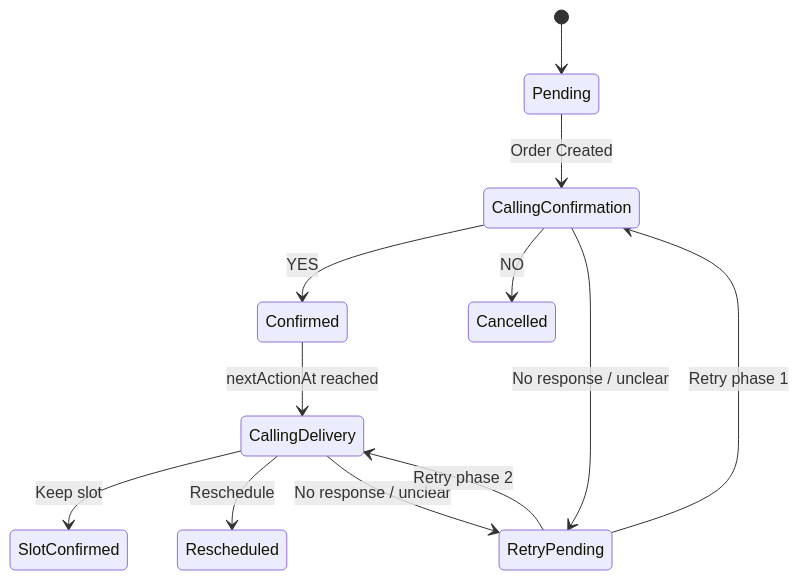
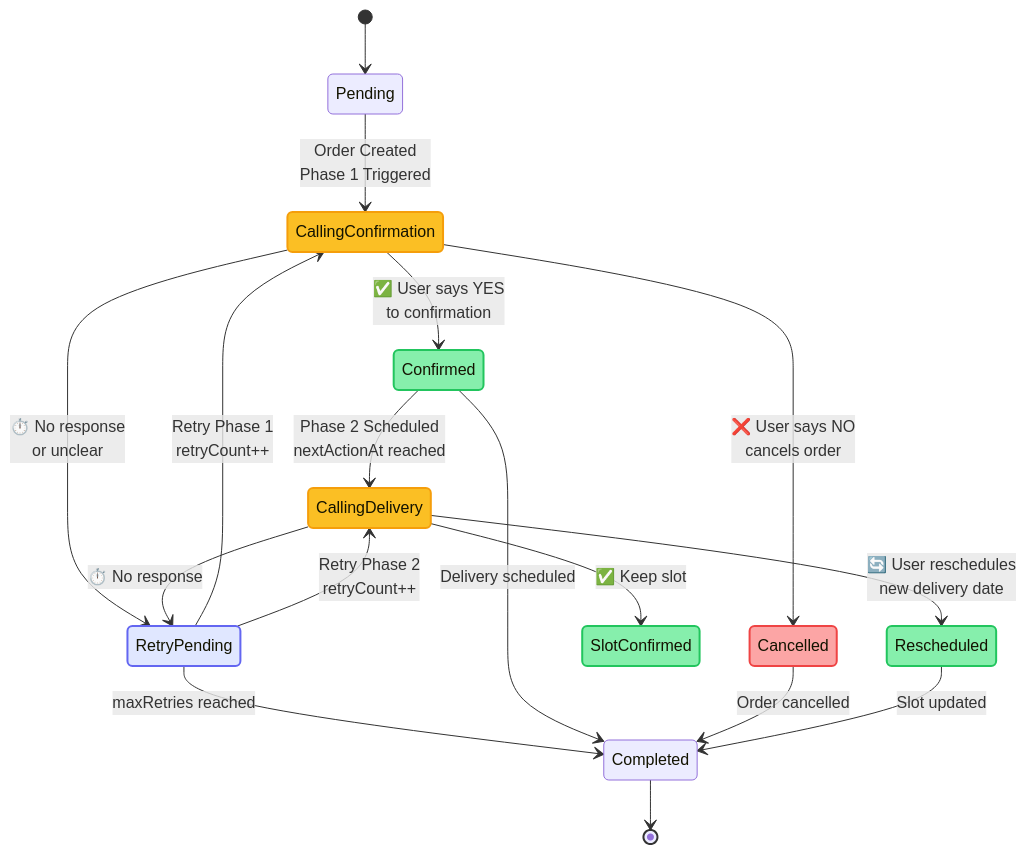
The second of 3 diagrams in README.md (Animesht1008/Voice-Driven-Commerce-Operations-Engine), drawn with Mermaid before and after one commit. The commit also changed other lines of this file and 14 other files, not shown here.

````diff
--- a/README.md
+++ b/README.md
@@ -35,14 +46,33 @@
 ```mermaid
 stateDiagram-v2
     [*] --> Pending
-    Pending --> CallingConfirmation: Order Created
-    CallingConfirmation --> Confirmed: YES
-    CallingConfirmation --> Cancelled: NO
-    CallingConfirmation --> RetryPending: No response / unclear
-    Confirmed --> CallingDelivery: nextActionAt reached
-    CallingDelivery --> SlotConfirmed: Keep slot
-    CallingDelivery --> Rescheduled: Reschedule
-    CallingDelivery --> RetryPending: No response / unclear
-    RetryPending --> CallingConfirmation: Retry phase 1
-    RetryPending --> CallingDelivery: Retry phase 2
+    Pending --> CallingConfirmation: Order Created<br/>Phase 1 Triggered
+    
+    CallingConfirmation --> Confirmed: ✅ User says YES<br/>to confirmation
+    CallingConfirmation --> Cancelled: ❌ User says NO<br/>cancels order
+    CallingConfirmation --> RetryPending: ⏱️ No response<br/>or unclear
+    
+    Confirmed --> CallingDelivery: Phase 2 Scheduled<br/>nextActionAt reached
+    
+    CallingDelivery --> SlotConfirmed: ✅ Keep slot
+    CallingDelivery --> Rescheduled: 🔄 User reschedules<br/>new delivery date
+    CallingDelivery --> RetryPending: ⏱️ No response
+    
+    RetryPending --> CallingConfirmation: Retry Phase 1<br/>retryCount++
+    RetryPending --> CallingDelivery: Retry Phase 2<br/>retryCount++
+    RetryPending --> Completed: maxRetries reached
+    
+    Confirmed --> Completed: Delivery scheduled
+    Cancelled --> Completed: Order cancelled
+    Rescheduled --> Completed: Slot updated
+    
+    Completed --> [*]
+    
+    style CallingConfirmation fill:#fbbf24,stroke:#f59e0b,stroke-width:2px
+    style CallingDelivery fill:#fbbf24,stroke:#f59e0b,stroke-width:2px
+    style Confirmed fill:#86efac,stroke:#22c55e,stroke-width:2px
+    style Rescheduled fill:#86efac,stroke:#22c55e,stroke-width:2px
+    style SlotConfirmed fill:#86efac,stroke:#22c55e,stroke-width:2px
+    style Cancelled fill:#fca5a5,stroke:#ef4444,stroke-width:2px
+    style RetryPending fill:#e0e7ff,stroke:#6366f1,stroke-width:2px
 ```
````
